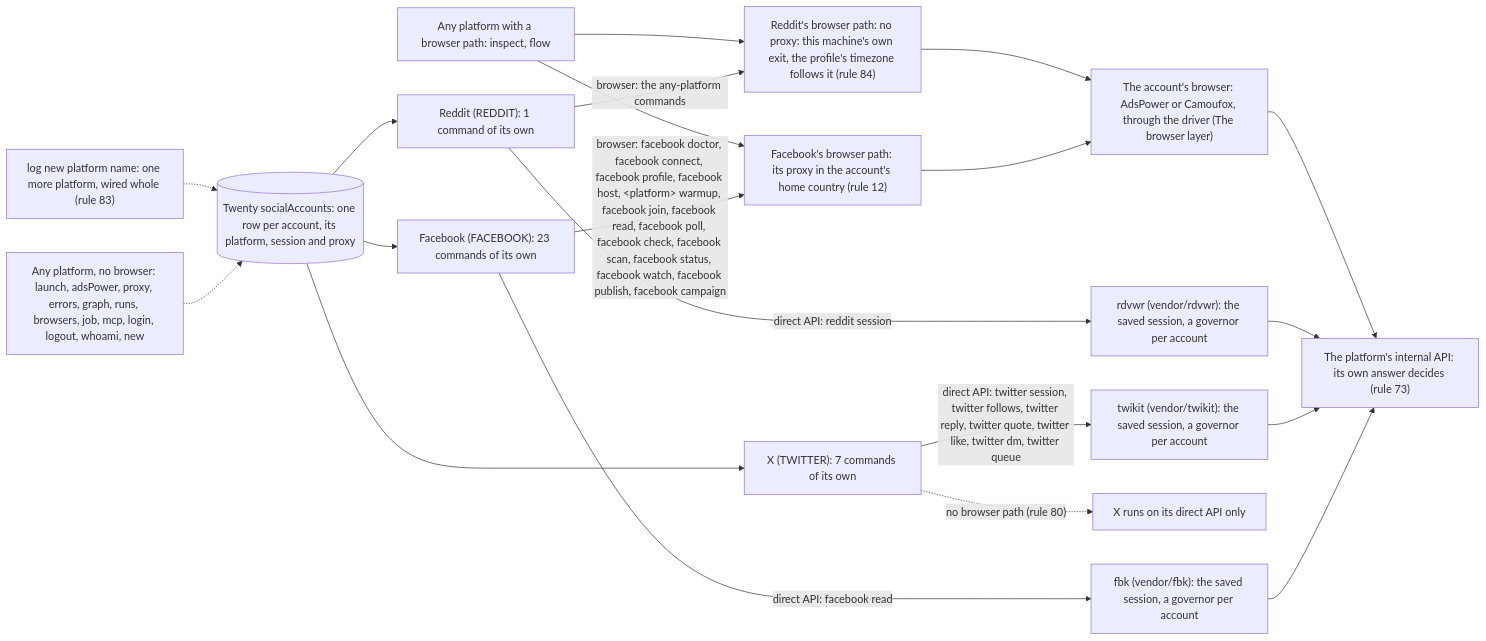
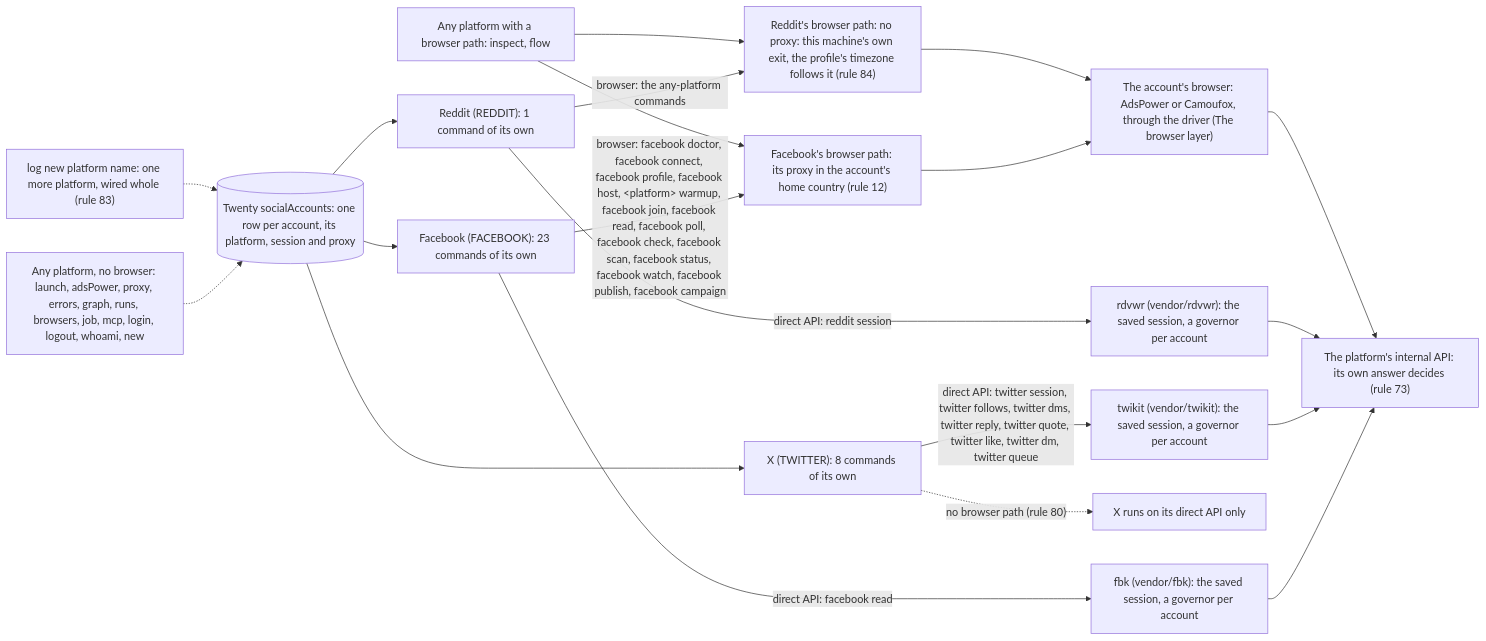
The first of 6 diagrams in README.md (matthewdonsemail-lab/log), drawn with Mermaid before and after one commit. The commit also changed other lines of this file and 16 other files, not shown here.

Commit message:
feat(twitter): log twitter dms reads an X account's inbox and who is waiting on a reply, on twikit

````diff
--- a/README.md
+++ b/README.md
@@ -126,30 +126,30 @@
 ```mermaid
 flowchart LR
   twenty[("Twenty socialAccounts: one row per account, its platform, session and proxy")]
   api["The platform's internal API: its own answer decides (rule 73)"]
   drivers["The account's browser: AdsPower or Camoufox, through the driver (The browser layer)"]
   p_facebook["Facebook (FACEBOOK): 23 commands of its own"]
   twenty --> p_facebook
   p_facebook -->|"direct API: facebook read"| e_fbk["fbk (vendor/fbk): the saved session, a governor per account"]
   e_fbk --> api
   p_facebook -->|"browser: facebook doctor, facebook connect, facebook profile, facebook host, #lt;platform#gt; warmup, facebook join, facebook read, facebook poll, facebook check, facebook scan, facebook status, facebook watch, facebook publish, facebook campaign"| b_facebook["Facebook's browser path: its proxy in the account's home country (rule 12)"]
   b_facebook --> drivers
-  p_twitter["X (TWITTER): 7 commands of its own"]
+  p_twitter["X (TWITTER): 8 commands of its own"]
   twenty --> p_twitter
-  p_twitter -->|"direct API: twitter session, twitter follows, twitter reply, twitter quote, twitter like, twitter dm, twitter queue"| e_twikit["twikit (vendor/twikit): the saved session, a governor per account"]
+  p_twitter -->|"direct API: twitter session, twitter follows, twitter dms, twitter reply, twitter quote, twitter like, twitter dm, twitter queue"| e_twikit["twikit (vendor/twikit): the saved session, a governor per account"]
   e_twikit --> api
   p_twitter -.->|"no browser path (rule 80)"| nob_twitter["X runs on its direct API only"]
   p_reddit["Reddit (REDDIT): 1 command of its own"]
   twenty --> p_reddit
   p_reddit -->|"direct API: reddit session"| e_rdvwr["rdvwr (vendor/rdvwr): the saved session, a governor per account"]
   e_rdvwr --> api
   p_reddit -->|"browser: the any-platform commands"| b_reddit["Reddit's browser path: no proxy: this machine's own exit, the profile's timezone follows it (rule 84)"]
   b_reddit --> drivers
   anyB["Any platform with a browser path: inspect, flow"]
   anyB --> b_facebook
   anyB --> b_reddit
   anyN["Any platform, no browser: launch, adsPower, proxy, errors, graph, runs, browsers, job, mcp, login, logout, whoami, new"]
   anyN -.-> twenty
   newP["log new platform name: one more platform, wired whole (rule 83)"] -.-> twenty
   drivers --> api
 ```
````
